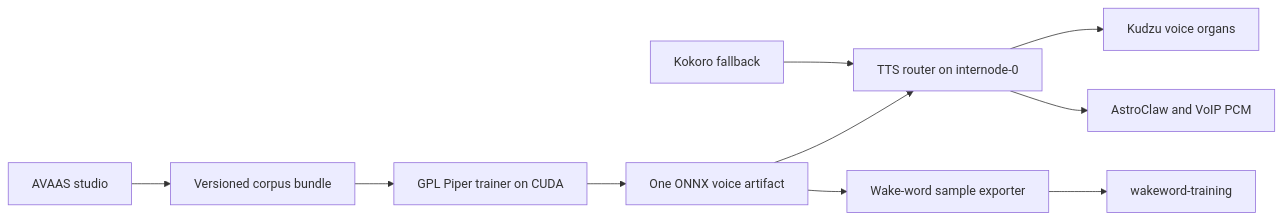
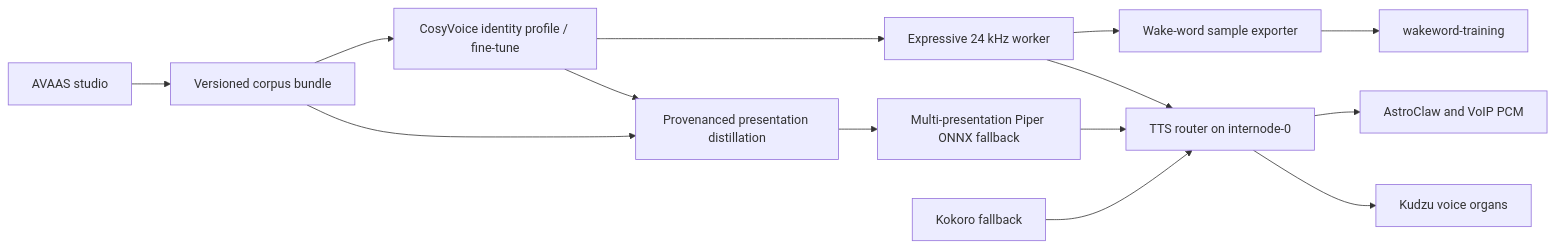
The diagram in docs/superpowers/specs/2026-07-16-satraj-piranesi-production-voice-pipeline-design.md (KuriGohan-Kamehameha/AVAAS), drawn with Mermaid before and after one commit. The commit also changed other lines of this file and 1 other file, not shown here.

Commit message:
docs: add expressive voice presentation architecture

````diff
--- a/docs/superpowers/specs/2026-07-16-satraj-piranesi-production-voice-pipeline-design.md
+++ b/docs/superpowers/specs/2026-07-16-satraj-piranesi-production-voice-pipeline-design.md
@@ -36,12 +51,16 @@
 ```mermaid
 flowchart LR
     A["AVAAS studio"] --> B["Versioned corpus bundle"]
-    B --> C["GPL Piper trainer on CUDA"]
-    C --> D["One ONNX voice artifact"]
+    B --> C["CosyVoice identity profile / fine-tune"]
+    C --> D["Expressive 24 kHz worker"]
+    C --> P["Provenanced presentation distillation"]
+    B --> P
+    P --> Q["Multi-presentation Piper ONNX fallback"]
     D --> E["TTS router on internode-0"]
+    Q --> E
     E --> F["Kudzu voice organs"]
     E --> G["AstroClaw and VoIP PCM"]
     D --> H["Wake-word sample exporter"]
     H --> I["wakeword-training"]
     J["Kokoro fallback"] --> E
 ```
````
